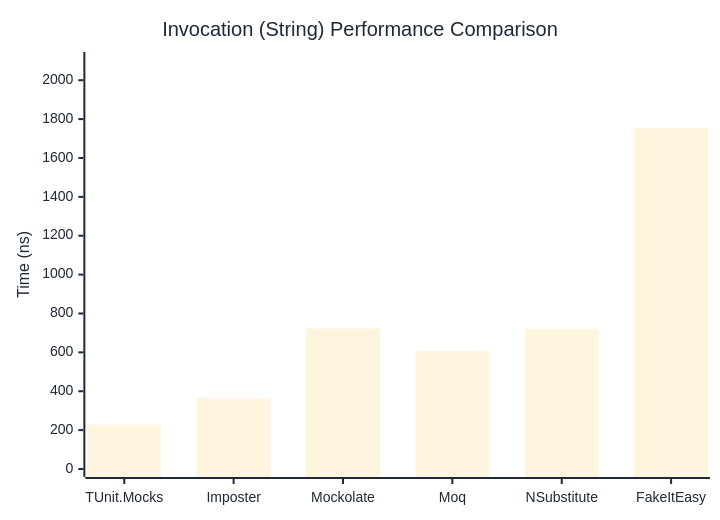
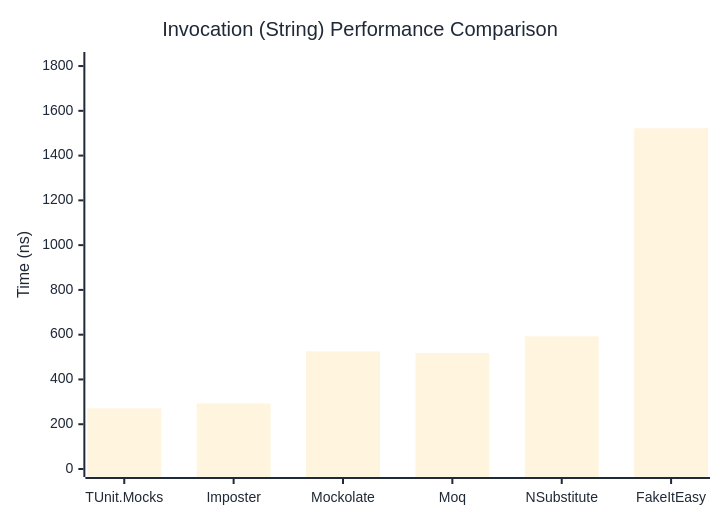
The second of 3 diagrams in docs/docs/benchmarks/mocks/Invocation.md (thomhurst/TUnit), drawn with Mermaid before and after one commit. The commit also changed other lines of this file and 13 other files, not shown here.

````diff
--- a/docs/docs/benchmarks/mocks/Invocation.md
+++ b/docs/docs/benchmarks/mocks/Invocation.md
@@ -69,27 +69,27 @@
 ```mermaid
 %%{init: {
   'theme':'base',
   'themeVariables': {
     'primaryColor': '#2563eb',
     'primaryTextColor': '#1f2937',
     'primaryBorderColor': '#1e40af',
     'lineColor': '#6b7280',
     'secondaryColor': '#7c3aed',
     'tertiaryColor': '#dc2626',
     'background': '#ffffff',
     'pie1': '#2563eb',
     'pie2': '#7c3aed',
     'pie3': '#dc2626',
     'pie4': '#f59e0b',
     'pie5': '#10b981',
     'pie6': '#06b6d4',
     'pie7': '#ec4899',
     'pie8': '#6366f1'
   }
 }}%%
 xychart-beta
   title "Invocation (String) Performance Comparison"
   x-axis ["TUnit.Mocks", "Imposter", "Mockolate", "Moq", "NSubstitute", "FakeItEasy"]
-  y-axis "Time (ns)" 0 --> 2104
-  bar [227.7, 364, 722.7, 608.3, 720.7, 1753.1]
+  y-axis "Time (ns)" 0 --> 1827
+  bar [270.7, 292.3, 525.3, 517.8, 592.5, 1522.2]
 ```
````
